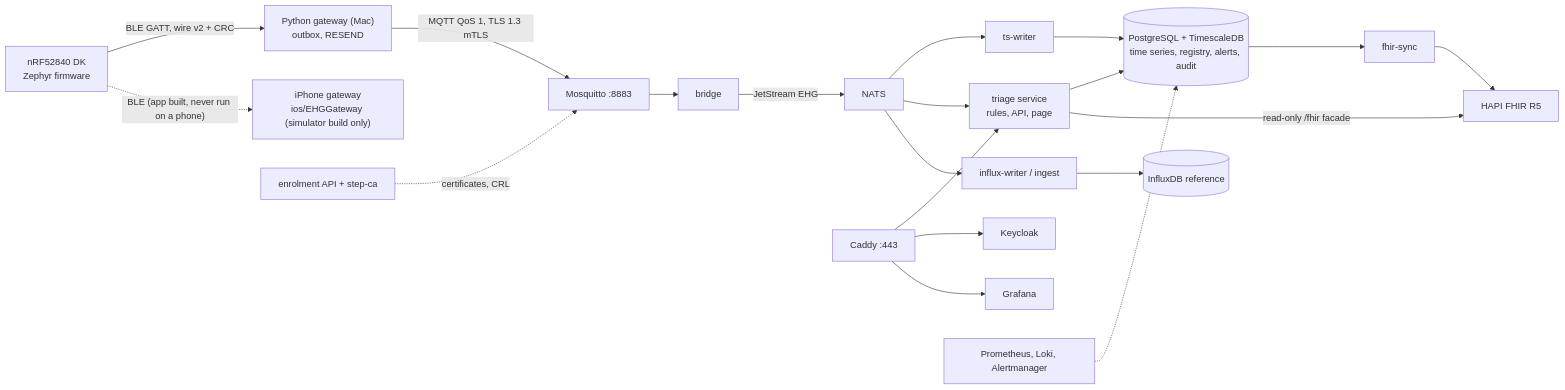
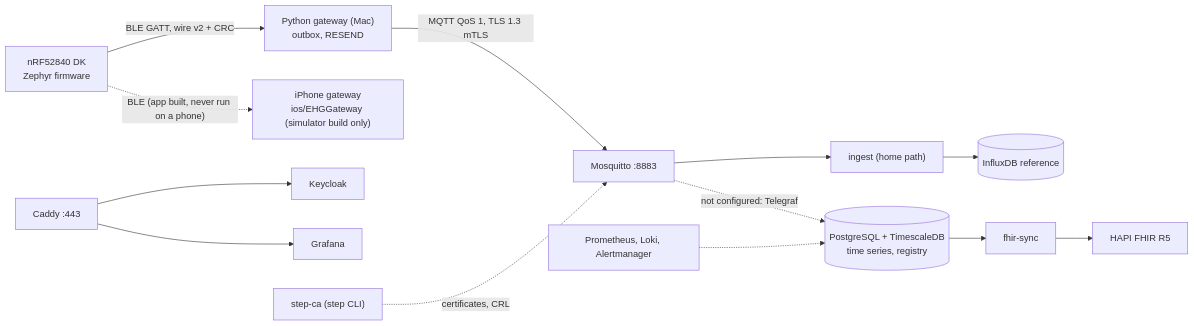
Before and after one commit to bpetselis01/ehg_embedded: the third of 3 diagrams in docs/production-topology.md, drawn with Mermaid. The commit also changed other lines of this file and 112 other files, not shown here.

````diff
--- a/docs/production-topology.md
+++ b/docs/production-topology.md
@@ -138,17 +133,14 @@
 ```mermaid
 flowchart LR
   node["nRF52840 DK<br/>Zephyr firmware"] -->|"BLE GATT, wire v2 + CRC"| gw["Python gateway (Mac)<br/>outbox, RESEND"]
   node -.->|"BLE (app built, never run on a phone)"| ios["iPhone gateway<br/>ios/EHGGateway (simulator build only)"]
   gw -->|"MQTT QoS 1, TLS 1.3 mTLS"| mq["Mosquitto :8883"]
-  mq --> br["bridge"] -->|"JetStream EHG"| nats["NATS"]
-  nats --> tsw["ts-writer"] --> pg[("PostgreSQL + TimescaleDB<br/>time series, registry, alerts, audit")]
-  nats --> tri["triage service<br/>rules, API, page"] --> pg
-  nats --> inf["influx-writer / ingest"] --> influx[("InfluxDB reference")]
+  mq -.->|"not configured: Telegraf"| pg[("PostgreSQL + TimescaleDB<br/>time series, registry")]
+  mac["ingest (home path)"] --> influx[("InfluxDB reference")]
+  mq --> mac
   pg --> fs["fhir-sync"] --> hapi["HAPI FHIR R5"]
-  tri -->|"read-only /fhir facade"| hapi
-  caddy["Caddy :443"] --> tri
-  caddy --> kc["Keycloak"]
+  caddy["Caddy :443"] --> kc["Keycloak"]
   caddy --> graf["Grafana"]
-  enr["enrolment API + step-ca"] -.->|"certificates, CRL"| mq
+  stp["step-ca (step CLI)"] -.->|"certificates, CRL"| mq
   prom["Prometheus, Loki, Alertmanager"] -.-> pg
 ```
````
